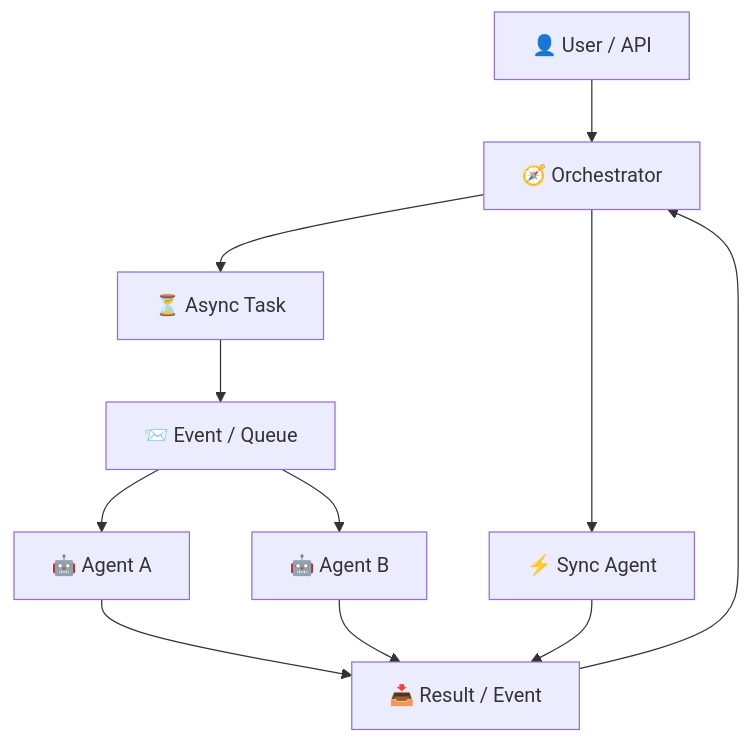
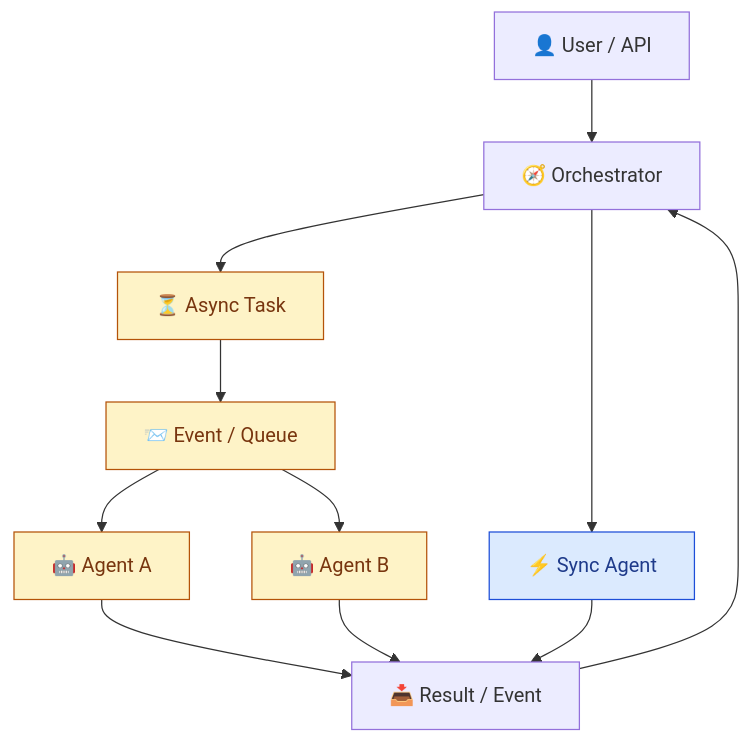
One commit to contactkkiran/enterprise-multi-agent-agent-native-platform changed the third of 5 diagrams in Roughnotes.md. Above: the diagram before and after it, drawn with Mermaid. The commit also changed other lines of this file, not shown here.

````diff
--- a/Roughnotes.md
+++ b/Roughnotes.md
@@ -83,13 +136,18 @@
 ```mermaid
 flowchart TD
     User["👤 User / API"] --> Orch["🧭 Orchestrator"]
     Orch --> Sync["⚡ Sync Agent"]
     Orch --> Async["⏳ Async Task"]
     Async --> Queue["📨 Event / Queue"]
     Queue --> AgentA["🤖 Agent A"]
     Queue --> AgentB["🤖 Agent B"]
     AgentA --> Result["📥 Result / Event"]
     AgentB --> Result
     Sync --> Result
     Result --> Orch
+
+    classDef sync fill:#dbeafe,stroke:#1d4ed8,color:#1e3a8a
+    classDef async fill:#fef3c7,stroke:#b45309,color:#78350f
+    class Sync sync
+    class Async,Queue,AgentA,AgentB async
 ```
````
